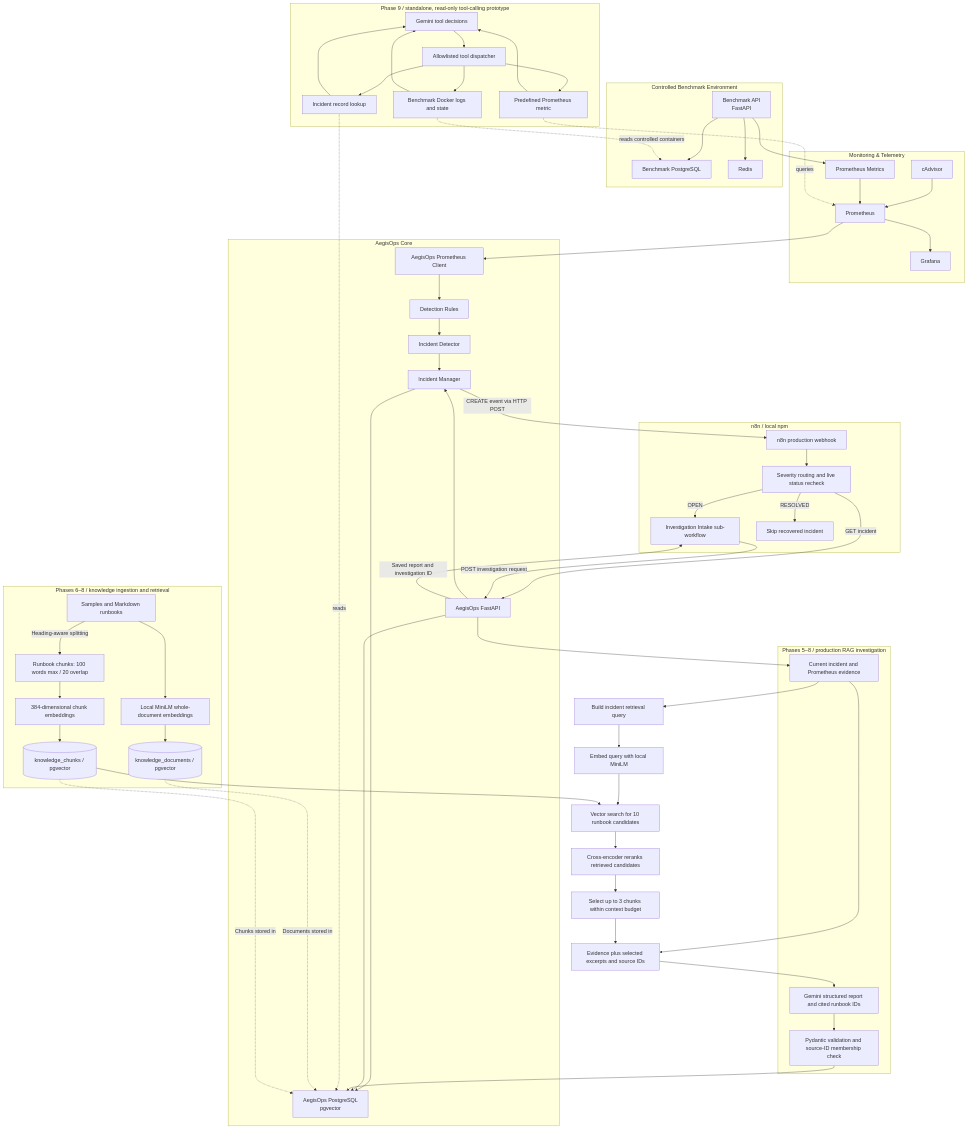
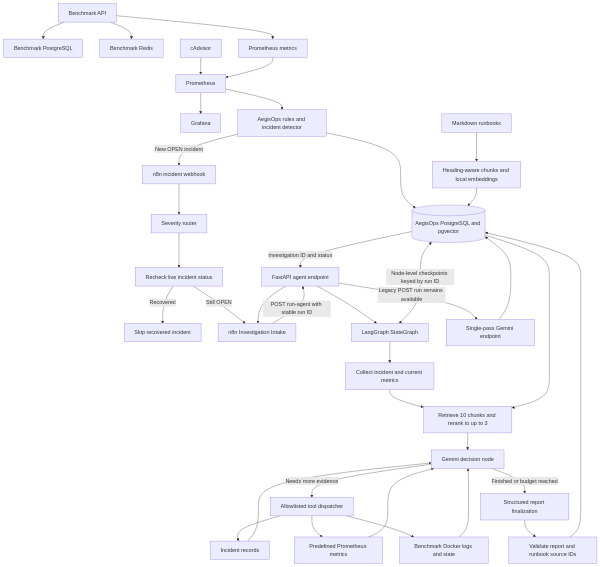
Before and after one commit to ushalabs/AegisOps: the diagram in README.md, drawn with Mermaid. The commit also changed other lines of this file and 7 other files, not shown here.

Commit message:
Phase 10: LangGraph Integration

````diff
--- a/README.md
+++ b/README.md
@@ -15,103 +15,39 @@
 ```mermaid
 flowchart TD
-    A[Benchmark API<br/>FastAPI] --> B[Benchmark PostgreSQL]
-    A --> C[Redis]
-    A --> D[Prometheus Metrics]
-
-    E[cAdvisor] --> F[Prometheus]
-    D --> F
-    F --> G[Grafana]
-
-    F --> H[AegisOps Prometheus Client]
-    H --> I[Detection Rules]
-    I --> J[Incident Detector]
-    J --> K[Incident Manager]
-    K --> L[AegisOps PostgreSQL<br/>pgvector]
-
-    M[AegisOps FastAPI] --> K
-    M --> L
-    K -->|CREATE event via HTTP POST| O[n8n production webhook]
-    O --> P[Severity routing and live status recheck]
-    P -->|OPEN| Q[Investigation Intake sub-workflow]
-    P -->|RESOLVED| R[Skip recovered incident]
-    P -->|GET incident| M
-    Q -->|POST investigation request| M
-    M --> S[Current incident and Prometheus evidence]
-    S --> RQ[Build incident retrieval query]
-    RQ --> RE[Embed query with local MiniLM]
-    RE --> RS[Vector search for 10 runbook candidates]
-    RS --> RR[Cross-encoder reranks retrieved candidates]
-    RR --> RB[Select up to 3 chunks within context budget]
-    RB --> RC[Evidence plus selected excerpts and source IDs]
-    S --> RC
-    RC --> T[Gemini structured report and cited runbook IDs]
-    T --> U[Pydantic validation and source-ID membership check]
-    U --> L
-    M -->|Saved report and investigation ID| Q
-
-    subgraph Tools["Phase 9 / standalone, read-only tool-calling prototype"]
-        TP[Gemini tool decisions] --> TV[Allowlisted tool dispatcher]
-        TV --> TI[Incident record lookup]
-        TV --> TM[Predefined Prometheus metric]
-        TV --> TL[Benchmark Docker logs and state]
-        TI --> TP
-        TM --> TP
-        TL --> TP
-    end
-    TI -.reads.-> L
-    TM -.queries.-> F
-    TL -.reads controlled containers.-> B
-
-    V[Samples and Markdown runbooks] --> W[Local MiniLM whole-document embeddings]
-    W --> X[(knowledge_documents / pgvector)]
-    V -->|Heading-aware splitting| Z[Runbook chunks: 100 words max / 20 overlap]
-    Z --> Y[384-dimensional chunk embeddings]
-    Y --> KC[(knowledge_chunks / pgvector)]
-    X -.Documents stored in.-> L
-    KC -.Chunks stored in.-> L
-    KC --> RS
-
-    subgraph Knowledge["Phases 6–8 / knowledge ingestion and retrieval"]
-        V
-        W
-        X
-        Z
-        Y
-        KC
-    end
-
-    subgraph Benchmark["Controlled Benchmark Environment"]
-        A
-        B
-        C
-    end
-
-    subgraph Observability["Monitoring & Telemetry"]
-        D
-        E
-        F
-        G
-    end
-
-    subgraph Orchestration["n8n / local npm"]
-        O
-        P
-        Q
-        R
-    end
-
-    subgraph Investigation["Phases 5–8 / production RAG investigation"]
-        S
-        T
-        U
-    end
-
-    subgraph Core["AegisOps Core"]
-        H
-        I
-        J
-        K
-        L
-        M
-    end
+    BA[Benchmark API] --> BP[Benchmark PostgreSQL]
+    BA --> BR[Benchmark Redis]
+    BA --> PM[Prometheus metrics]
+    CAD[cAdvisor] --> PROM[Prometheus]
+    PM --> PROM
+    PROM --> GRAF[Grafana]
+    PROM --> DET[AegisOps rules and incident detector]
+    DET --> IDB[(AegisOps PostgreSQL and pgvector)]
+    DET -->|New OPEN incident| WH[n8n incident webhook]
+    WH --> SEV[Severity router]
+    SEV --> STATUS[Recheck live incident status]
+    STATUS -->|Recovered| SKIP[Skip recovered incident]
+    STATUS -->|Still OPEN| INTAKE[n8n Investigation Intake]
+    INTAKE -->|POST run-agent with stable run ID| API[FastAPI agent endpoint]
+    API --> GRAPH[LangGraph StateGraph]
+    GRAPH --> EVID[Collect incident and current metrics]
+    EVID --> RAG[Retrieve 10 chunks and rerank to up to 3]
+    RAG --> DECIDE[Gemini decision node]
+    DECIDE -->|Needs more evidence| TOOLS[Allowlisted tool dispatcher]
+    TOOLS --> T1[Incident records]
+    TOOLS --> T2[Predefined Prometheus metrics]
+    TOOLS --> T3[Benchmark Docker logs and state]
+    T1 --> DECIDE
+    T2 --> DECIDE
+    T3 --> DECIDE
+    DECIDE -->|Finished or budget reached| FINAL[Structured report finalization]
+    FINAL --> VALID[Validate report and runbook source IDs]
+    VALID --> IDB
+    IDB -->|Investigation ID and status| API
+    API --> INTAKE
+    GRAPH <-->|Node-level checkpoints keyed by run ID| IDB
+    RUNBOOK[Markdown runbooks] --> CHUNK[Heading-aware chunks and local embeddings]
+    CHUNK --> IDB
+    IDB --> RAG
+    API -->|Legacy POST run remains available| LEGACY[Single-pass Gemini endpoint]
+    LEGACY --> IDB
 ```
````
